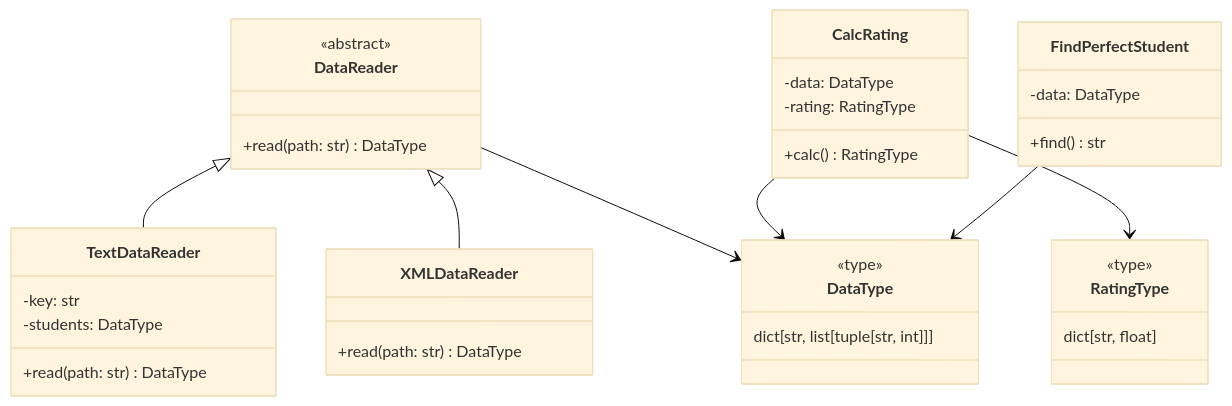
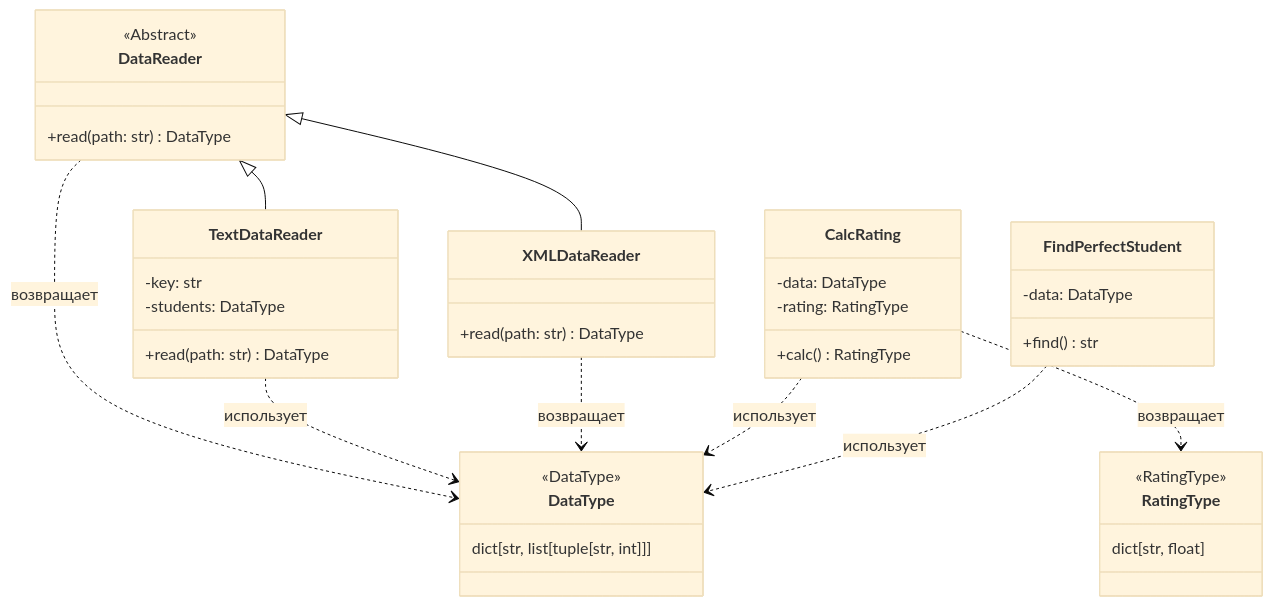
The diagram in README.md (curlykit/PTLab1), drawn with Mermaid (base theme) before and after one commit. The commit also changed 4 other files, not shown here.

````diff
--- a/README.md
+++ b/README.md
@@ -14,46 +14,53 @@
 ```mermaid
 classDiagram
+    %% Типы данных
     class DataType {
-        <<type>>
+        <<DataType>>
         dict[str, list[tuple[str, int]]]
     }
     
     class RatingType {
-        <<type>>
+        <<RatingType>>
         dict[str, float]
     }
 
+    %% Абстрактный класс и его реализации
     class DataReader {
-        <<abstract>>
+        <<Abstract>>
         +read(path: str) DataType
     }
     
     class TextDataReader {
         -key: str
         -students: DataType
         +read(path: str) DataType
     }
     
     class XMLDataReader {
         +read(path: str) DataType
     }
     
+    %% Классы для вычислений
     class CalcRating {
         -data: DataType
         -rating: RatingType
         +calc() RatingType
     }
     
     class FindPerfectStudent {
         -data: DataType
         +find() str
     }
 
+    %% Связи наследования
     DataReader <|-- TextDataReader
     DataReader <|-- XMLDataReader
-    
-    DataReader --> DataType
-    CalcRating --> DataType
-    CalcRating --> RatingType
-    FindPerfectStudent --> DataType
+
+    %% Связи использования (зависимости)
+    DataReader ..> DataType : возвращает
+    TextDataReader ..> DataType : использует
+    XMLDataReader ..> DataType : возвращает
+    CalcRating ..> DataType : использует
+    CalcRating ..> RatingType : возвращает
+    FindPerfectStudent ..> DataType : использует
 ```
````
